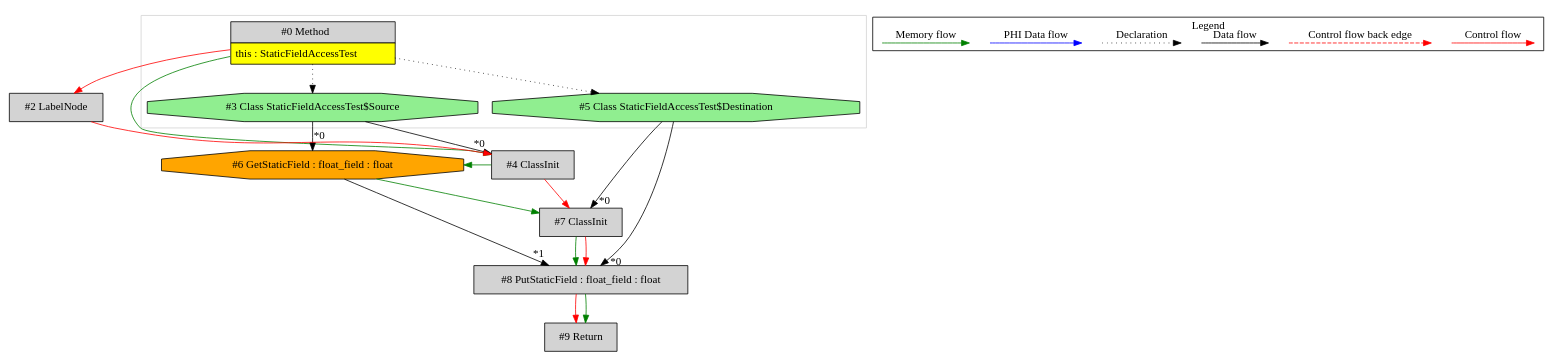
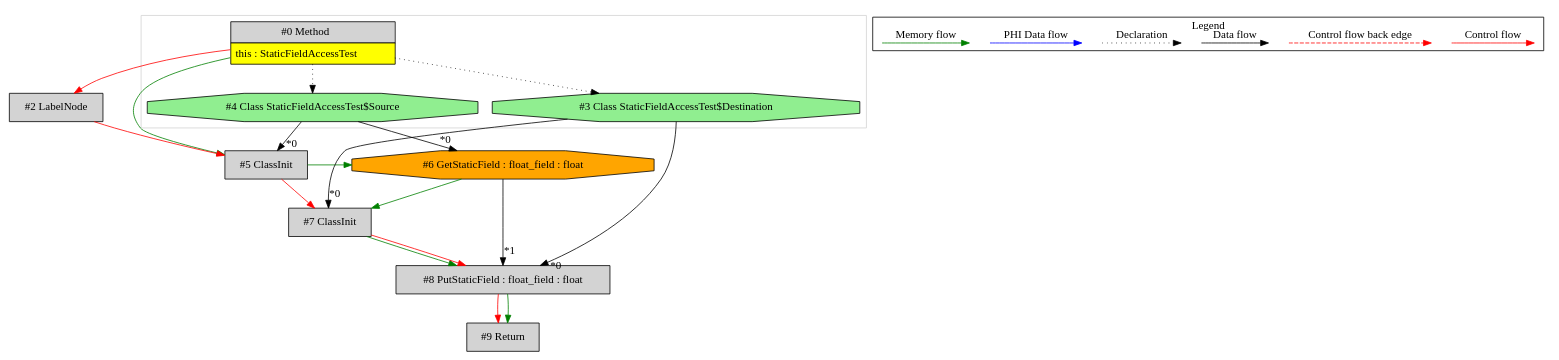
Before and after one commit to mirkosertic/MetaIR: the diagram in de.mirkosertic.metair.ir.examples.StaticFieldAccessTest/copy_float/ir.dot, drawn with Graphviz. The commit also changed 1251 other files, not shown here.

```diff
--- a/de.mirkosertic.metair.ir.examples.StaticFieldAccessTest/copy_float/ir.dot
+++ b/de.mirkosertic.metair.ir.examples.StaticFieldAccessTest/copy_float/ir.dot
@@ -1,61 +1,61 @@
 digraph {
  ordering="in";
  node0[margin="0", label=<<table border="0" cellborder="1" cellspacing="0" cellpadding="5"><tr><td colspan="1">#0 Method</td></tr><tr><td port="prj1" bgcolor="yellow">this : StaticFieldAccessTest</td></tr></table>>,shape=none, fillcolor=lightgrey, style=filled];
- node5[label="#5 Class StaticFieldAccessTest$Destination",shape=octagon, fillcolor=lightgreen, style=filled];
- node0 -> node5[style=dotted];
- node7[label="#7 ClassInit",shape=box, fillcolor=lightgrey, style=filled];
- node5 -> node7[headlabel="*0", labeldistance=2];
- node6 -> node7[labeldistance=2, color=green, constraint=false];
- node4 -> node7[labeldistance=2, color=red, fontcolor=red];
- node4[label="#4 ClassInit",shape=box, fillcolor=lightgrey, style=filled];
- node3 -> node4[headlabel="*0", labeldistance=2];
- node0 -> node4[labeldistance=2, color=green, constraint=false];
- node2 -> node4[labeldistance=2, color=red, fontcolor=red];
  node2[label="#2 LabelNode",shape=box, fillcolor=lightgrey, style=filled];
  node0 -> node2[labeldistance=2, color=red, fontcolor=red];
- node3[label="#3 Class StaticFieldAccessTest$Source",shape=octagon, fillcolor=lightgreen, style=filled];
- node0 -> node3[style=dotted];
+ node5[label="#5 ClassInit",shape=box, fillcolor=lightgrey, style=filled];
+ node4 -> node5[headlabel="*0", labeldistance=2];
+ node0 -> node5[labeldistance=2, color=green, constraint=false];
+ node2 -> node5[labeldistance=2, color=red, fontcolor=red];
+ node4[label="#4 Class StaticFieldAccessTest$Source",shape=octagon, fillcolor=lightgreen, style=filled];
+ node0 -> node4[style=dotted];
  node6[label="#6 GetStaticField : float_field : float",shape=octagon, fillcolor=orange, style=filled];
- node3 -> node6[headlabel="*0", labeldistance=2];
- node4 -> node6[labeldistance=2, color=green, constraint=false];
+ node4 -> node6[headlabel="*0", labeldistance=2];
+ node5 -> node6[labeldistance=2, color=green, constraint=false];
  node8[label="#8 PutStaticField : float_field : float",shape=box, fillcolor=lightgrey, style=filled];
- node5 -> node8[headlabel="*0", labeldistance=2];
+ node3 -> node8[headlabel="*0", labeldistance=2];
  node6 -> node8[headlabel="*1", labeldistance=2];
  node7 -> node8[labeldistance=2, color=green, constraint=false];
  node7 -> node8[labeldistance=2, color=red, fontcolor=red];
+ node7[label="#7 ClassInit",shape=box, fillcolor=lightgrey, style=filled];
+ node3 -> node7[headlabel="*0", labeldistance=2];
+ node6 -> node7[labeldistance=2, color=green, constraint=false];
+ node5 -> node7[labeldistance=2, color=red, fontcolor=red];
+ node3[label="#3 Class StaticFieldAccessTest$Destination",shape=octagon, fillcolor=lightgreen, style=filled];
+ node0 -> node3[style=dotted];
  node9[label="#9 Return",shape=box, fillcolor=lightgrey, style=filled];
  node8 -> node9[labeldistance=2, color=red, fontcolor=red];
  node8 -> node9[labeldistance=2, color=green, constraint=false];
  subgraph cluster_0 {
   color=lightgray;
   node0;
   node3;
-  node5;
+  node4;
  }
  subgraph cluster_000 {
   label = "Legend";
   node [shape=point]
   {
    rank=same;
    c0 [style = invis];
    c1 [style = invis];
    c2 [style = invis];
    c3 [style = invis];
    d0 [style = invis];
    d1 [style = invis];
    d2 [style = invis];
    d3 [style = invis];
    d4 [style = invis];
    d5 [style = invis];
    d6 [style = invis];
    d7 [style = invis];
   }
   c0 -> c1 [label="Control flow", style=solid, color=red]
   c2 -> c3 [label="Control flow back edge", style=dashed, color=red]
   d0 -> d1 [label="Data flow"]
   d2 -> d3 [label="Declaration", style=dotted]
   d4 -> d5 [label="PHI Data flow", color=blue]
   d6 -> d7 [label="Memory flow", color=green]
  }
 
 }
```
